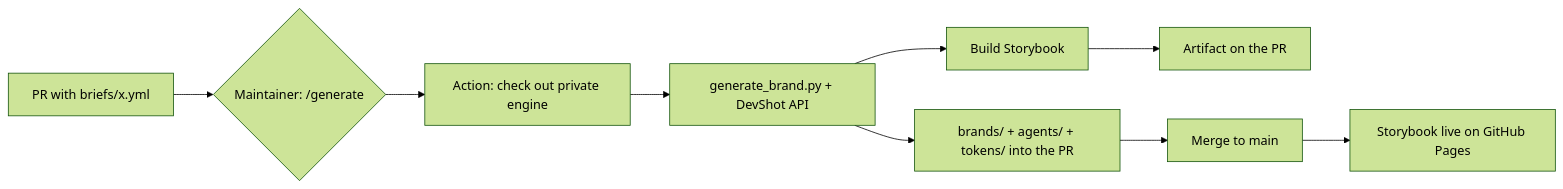
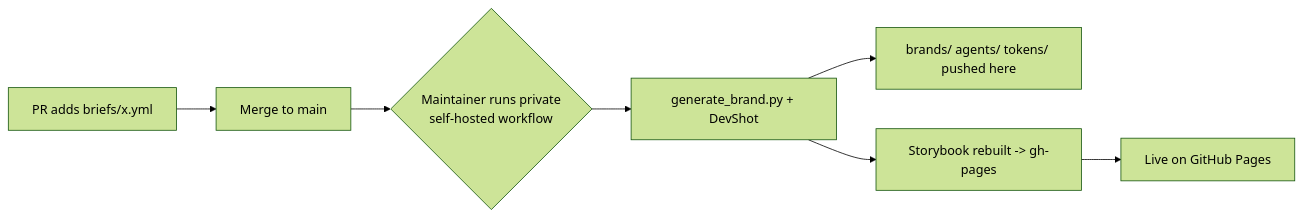
The diagram in README.md (anticipaterdotcom/ai-corporate-design-generator), drawn with Mermaid (forest theme) before and after one commit. The commit also changed other lines of this file and 4 other files, not shown here.

First line of the commit message:
chore: remove public workflows (no runners here); serve Storybook from gh-pages

````diff
--- a/README.md
+++ b/README.md
@@ -34,11 +31,9 @@
 ```mermaid
 flowchart LR
-    A[PR with briefs/x.yml] --> B{Maintainer: /generate}
-    B --> C[Action: check out private engine]
-    C --> D[generate_brand.py + DevShot API]
-    D --> E[brands/ + agents/ + tokens/ into the PR]
-    D --> F[Build Storybook]
-    F --> G[Artifact on the PR]
-    E --> H[Merge to main]
-    H --> I[Storybook live on GitHub Pages]
+    A[PR adds briefs/x.yml] --> B[Merge to main]
+    B --> C{Maintainer runs private<br/>self-hosted workflow}
+    C --> D[generate_brand.py + DevShot]
+    D --> E[brands/ agents/ tokens/ pushed here]
+    D --> F[Storybook rebuilt -> gh-pages]
+    F --> G[Live on GitHub Pages]
 ```
````
